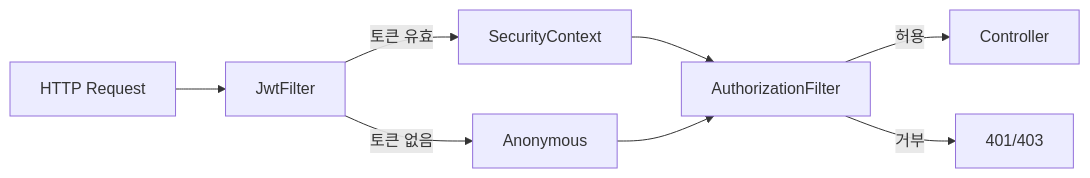
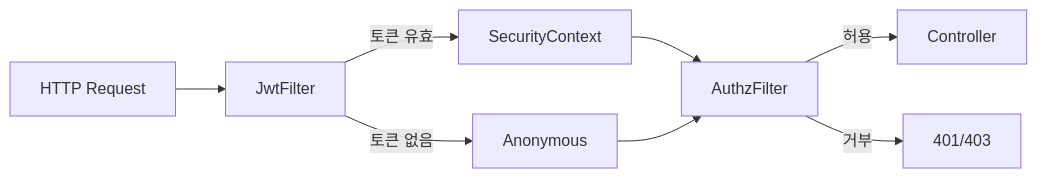
Before and after one commit to yjkim2015/yjkim2015.github.io: the sixth of 6 diagrams in _posts/spring/2026-05-02-spring-security-deep.md, drawn with Mermaid. The commit also changed other lines of this file and 245 other files, not shown here.

First line of the commit message:
Mermaid 다이어그램 전면 수정 + 면접 포인트 접기/펼치기 + DB 데드락 페이지

````diff
--- a/_posts/spring/2026-05-02-spring-security-deep.md
+++ b/_posts/spring/2026-05-02-spring-security-deep.md
@@ -1326,10 +1326,10 @@
 ```mermaid
 graph LR
     A[HTTP Request] --> B[JwtFilter]
     B -->|토큰 유효| C[SecurityContext]
     B -->|토큰 없음| D[Anonymous]
-    C --> E[AuthorizationFilter]
+    C --> E[AuthzFilter]
     D --> E
     E -->|허용| F[Controller]
     E -->|거부| G[401/403]
 ```
````
